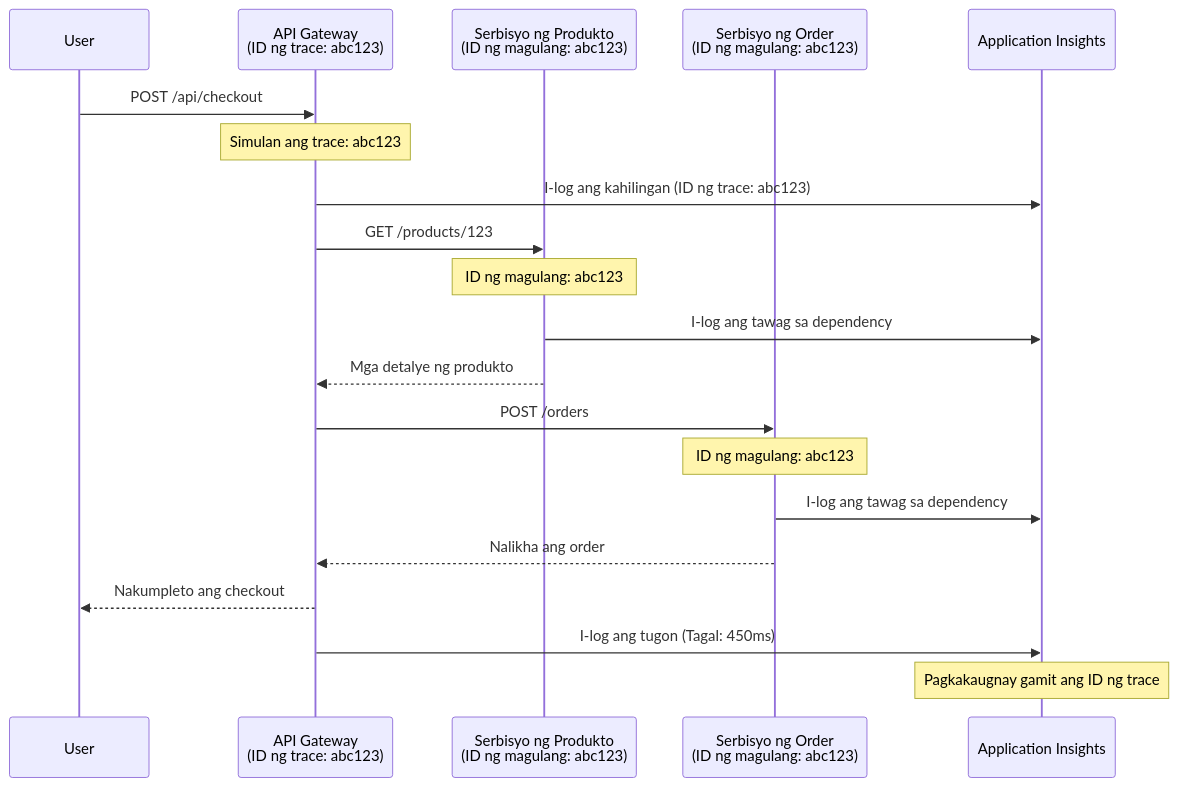
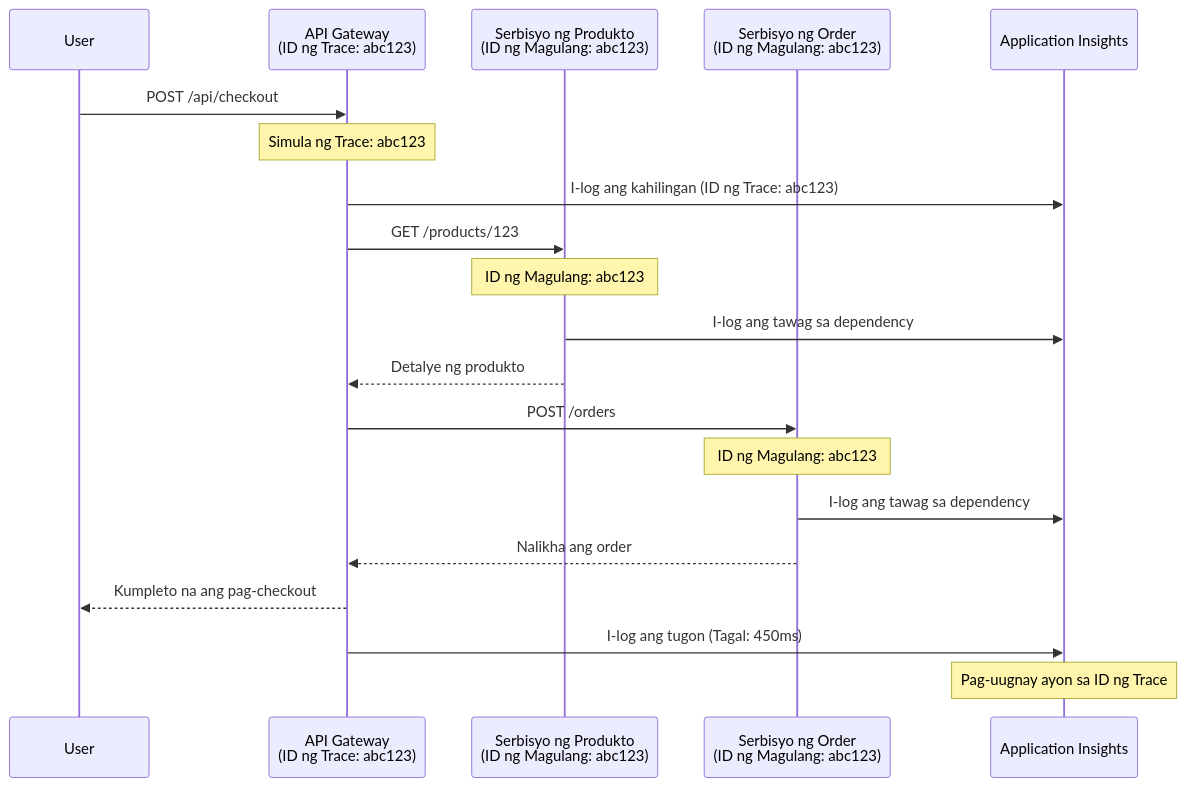
The second of 2 diagrams in translations/tl/docs/chapter-06-pre-deployment/application-insights.md (microsoft/AZD-for-beginners), drawn with Mermaid before and after one commit. The commit also changed other lines of this file and 101 other files, not shown here.

````diff
--- a/translations/tl/docs/chapter-06-pre-deployment/application-insights.md
+++ b/translations/tl/docs/chapter-06-pre-deployment/application-insights.md
@@ -744,27 +744,27 @@
 ```mermaid
 sequenceDiagram
     participant User
-    participant Gateway as API Gateway<br/>(ID ng trace: abc123)
-    participant Product as Serbisyo ng Produkto<br/>(ID ng magulang: abc123)
-    participant Order as Serbisyo ng Order<br/>(ID ng magulang: abc123)
+    participant Gateway as API Gateway<br/>(ID ng Trace: abc123)
+    participant Product as Serbisyo ng Produkto<br/>(ID ng Magulang: abc123)
+    participant Order as Serbisyo ng Order<br/>(ID ng Magulang: abc123)
     participant AppInsights as Application Insights
     
     User->>Gateway: POST /api/checkout
-    Note over Gateway: Simulan ang trace: abc123
-    Gateway->>AppInsights: I-log ang kahilingan (ID ng trace: abc123)
+    Note over Gateway: Simula ng Trace: abc123
+    Gateway->>AppInsights: I-log ang kahilingan (ID ng Trace: abc123)
     
     Gateway->>Product: GET /products/123
-    Note over Product: ID ng magulang: abc123
+    Note over Product: ID ng Magulang: abc123
     Product->>AppInsights: I-log ang tawag sa dependency
-    Product-->>Gateway: Mga detalye ng produkto
+    Product-->>Gateway: Detalye ng produkto
     
     Gateway->>Order: POST /orders
-    Note over Order: ID ng magulang: abc123
+    Note over Order: ID ng Magulang: abc123
     Order->>AppInsights: I-log ang tawag sa dependency
     Order-->>Gateway: Nalikha ang order
     
-    Gateway-->>User: Nakumpleto ang checkout
+    Gateway-->>User: Kumpleto na ang pag-checkout
     Gateway->>AppInsights: I-log ang tugon (Tagal: 450ms)
     
-    Note over AppInsights: Pagkakaugnay gamit ang ID ng trace
+    Note over AppInsights: Pag-uugnay ayon sa ID ng Trace
 ```
````
